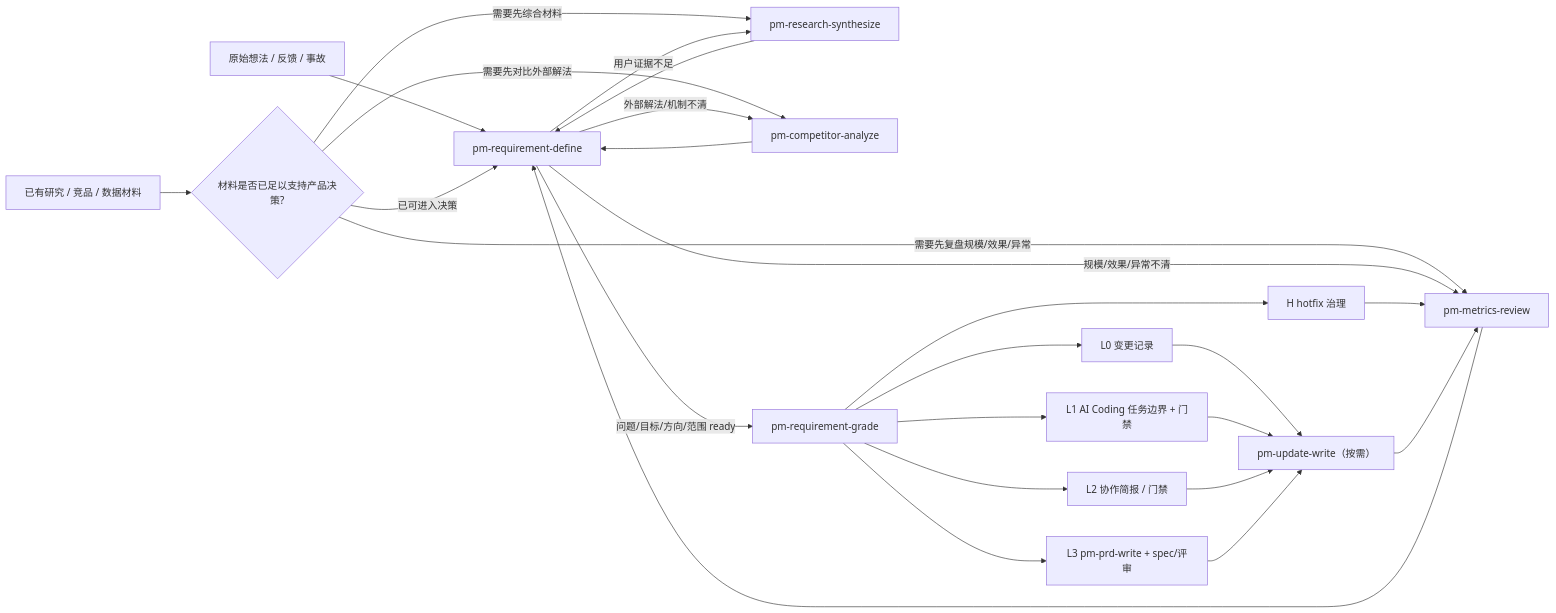
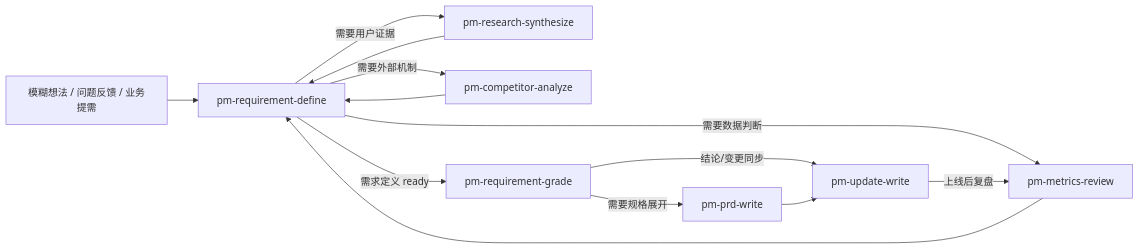
The diagram in WORKFLOW_GUIDE.md (olga0107/pm-workflow-skills), drawn with Mermaid before and after one commit. The commit also changed other lines of this file, not shown here.

Commit message:
docs: simplify workflow guide diagram

````diff
--- a/WORKFLOW_GUIDE.md
+++ b/WORKFLOW_GUIDE.md
@@ -7,27 +7,15 @@
 ```mermaid
 flowchart LR
-  A["原始想法 / 反馈 / 事故"] --> D["pm-requirement-define"]
-  E["已有研究 / 竞品 / 数据材料"] --> B{"材料是否已足以支持产品决策?"}
-  B -- "需要先综合材料" --> R["pm-research-synthesize"]
-  B -- "需要先对比外部解法" --> C["pm-competitor-analyze"]
-  B -- "需要先复盘规模/效果/异常" --> M["pm-metrics-review"]
+  A["模糊想法 / 问题反馈 / 业务提需"] --> D["pm-requirement-define"]
+  D -- "需要用户证据" --> R["pm-research-synthesize"]
+  D -- "需要外部机制" --> C["pm-competitor-analyze"]
+  D -- "需要数据判断" --> M["pm-metrics-review"]
   R --> D
   C --> D
   M --> D
-  B -- "已可进入决策" --> D
-  D -- "用户证据不足" --> R
-  D -- "外部解法/机制不清" --> C
-  D -- "规模/效果/异常不清" --> M
-  D -- "问题/目标/方向/范围 ready" --> G["pm-requirement-grade"]
-  G --> L0["L0 变更记录"]
-  G --> L1["L1 AI Coding 任务边界 + 门禁"]
-  G --> L2["L2 协作简报 / 门禁"]
-  G --> L3["L3 pm-prd-write + spec/评审"]
-  G --> H["H hotfix 治理"]
-  L0 --> U["pm-update-write（按需）"]
-  L1 --> U
-  L2 --> U
-  L3 --> U
-  H --> M
-  U --> M
+  D -- "需求定义 ready" --> G["pm-requirement-grade"]
+  G -- "需要规格展开" --> P["pm-prd-write"]
+  G -- "结论/变更同步" --> U["pm-update-write"]
+  P --> U
+  U -- "上线后复盘" --> M
 ```
````
